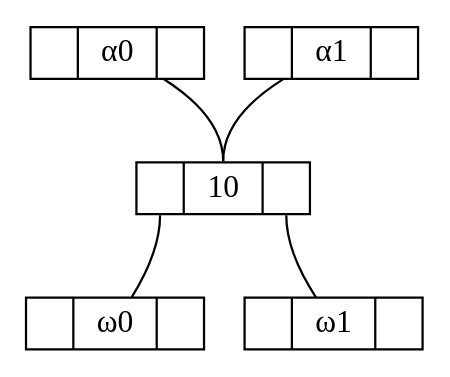
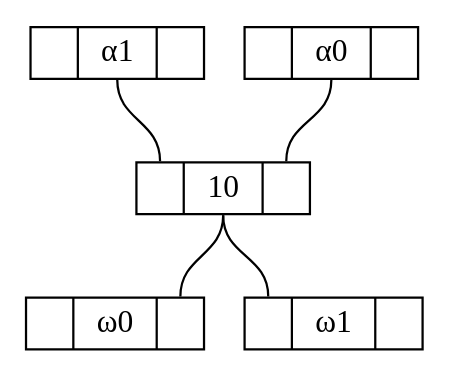
Before and after one commit to grootstebozewolf/networks: the diagram in 2 binairy tree general.gv, drawn with Graphviz. The commit also changed 7 other files, not shown here.

```diff
--- a/2 binairy tree general.gv
+++ b/2 binairy tree general.gv
@@ -1,12 +1,12 @@
 graph "2 binairy tree general" {
 	node [height=.1 shape=record]
-	10:f0 -- "ω0"
+	10 [label="<f0> |<f1> 10|<f2>"]
+	10:f1 -- "ω0":f2
 	"ω0" [label="<f0> |<f1> ω0|<f2>"]
-	10:f2 -- "ω1"
+	10:f1 -- "ω1":f0
 	"ω1" [label="<f0> |<f1> ω1|<f2>"]
-	"α0" -- 10:f1
+	"α0":f1 -- 10:f2
 	"α0" [label="<f0> |<f1> α0|<f2>"]
-	"α1" -- 10:f1
+	"α1":f1 -- 10:f0
 	"α1" [label="<f0> |<f1> α1|<f2>"]
-	10 [label="<f0> |<f1> 10|<f2>"]
 }
```
